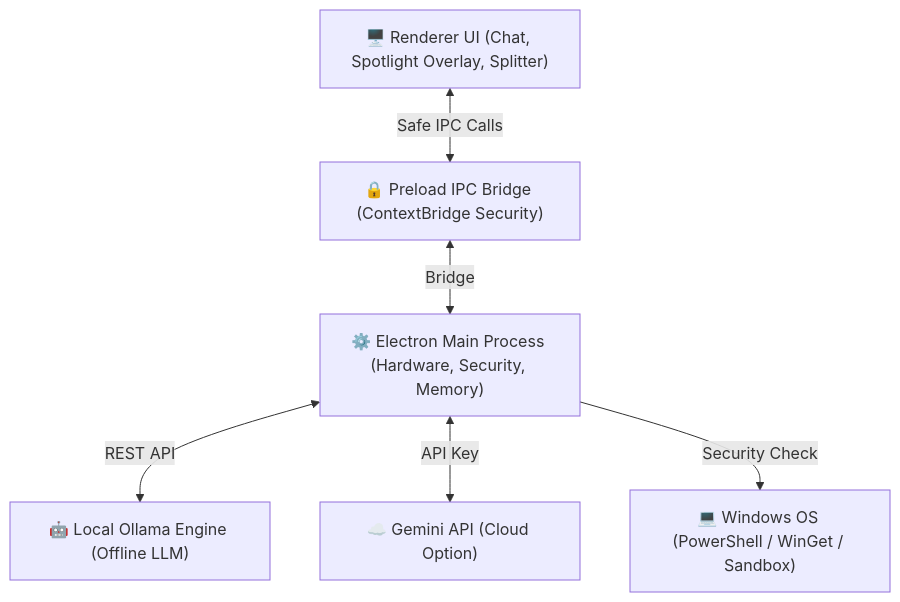
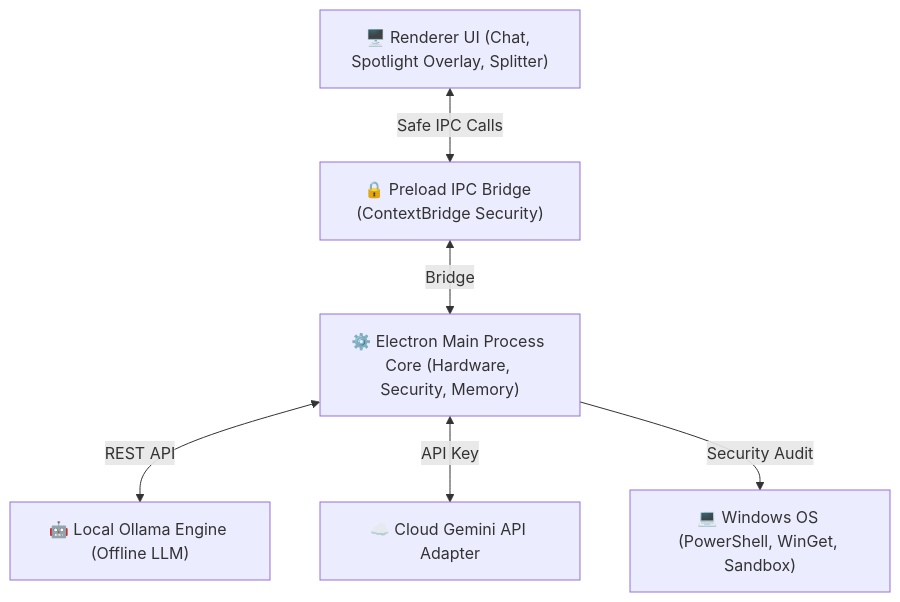
The first of 2 diagrams in SYSTEM_ARCHITECTURE.md (vedantwankhade123/Brown), drawn with Mermaid before and after one commit. The commit also changed other lines of this file, not shown here.

Commit message:
docs: align SYSTEM_ARCHITECTURE.md with official GHRU synopsis submission format and base paper research foundation

````diff
--- a/SYSTEM_ARCHITECTURE.md
+++ b/SYSTEM_ARCHITECTURE.md
@@ -49,15 +124,15 @@
 ```mermaid
 graph TD
     UI["🖥️ Renderer UI (Chat, Spotlight Overlay, Splitter)"]
     PRELOAD["🔒 Preload IPC Bridge (ContextBridge Security)"]
-    MAIN["⚙️ Electron Main Process (Hardware, Security, Memory)"]
+    MAIN["⚙️ Electron Main Process Core (Hardware, Security, Memory)"]
     OLLAMA["🤖 Local Ollama Engine (Offline LLM)"]
-    GEMINI["☁️ Gemini API (Cloud Option)"]
-    WIN["💻 Windows OS (PowerShell / WinGet / Sandbox)"]
+    GEMINI["☁️ Cloud Gemini API Adapter"]
+    WIN["💻 Windows OS (PowerShell, WinGet, Sandbox)"]
 
     UI <-->|Safe IPC Calls| PRELOAD
     PRELOAD <-->|Bridge| MAIN
     MAIN <-->|REST API| OLLAMA
     MAIN <-->|API Key| GEMINI
-    MAIN -->|Security Check| WIN
+    MAIN -->|Security Audit| WIN
 ```
````
